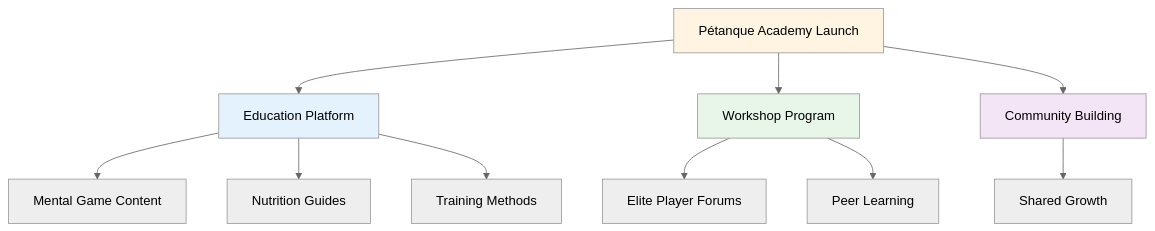
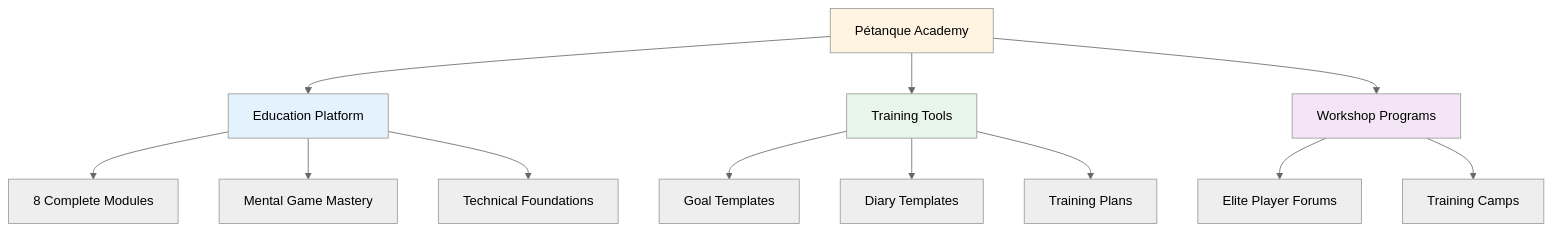
Before and after one commit to patwii/petanque-academy: the first of 2 diagrams in docs/en/news/index.md, drawn with Mermaid (neutral theme). The commit also changed other lines of this file and 10 other files, not shown here.

````diff
--- a/docs/en/news/index.md
+++ b/docs/en/news/index.md
@@ -13,20 +13,22 @@
 ```mermaid
 graph TD
-    A[Pétanque Academy Launch] --> B[Education Platform]
-    A --> C[Workshop Program]
-    A --> D[Community Building]
+    A[Pétanque Academy] --> B[Education Platform]
+    A --> C[Training Tools]
+    A --> D[Workshop Programs]
 
-    B --> E[Mental Game Content]
-    B --> F[Nutrition Guides]
-    B --> G[Training Methods]
+    B --> E[8 Complete Modules]
+    B --> F[Mental Game Mastery]
+    B --> G[Technical Foundations]
 
-    C --> H[Elite Player Forums]
-    C --> I[Peer Learning]
+    C --> H[Goal Templates]
+    C --> I[Diary Templates]
+    C --> J[Training Plans]
 
-    D --> J[Shared Growth]
+    D --> K[Elite Player Forums]
+    D --> L[Training Camps]
 
     style A fill:#fff4e1
     style B fill:#e3f2fd
     style C fill:#e8f5e9
     style D fill:#f3e5f5
 ```
````
